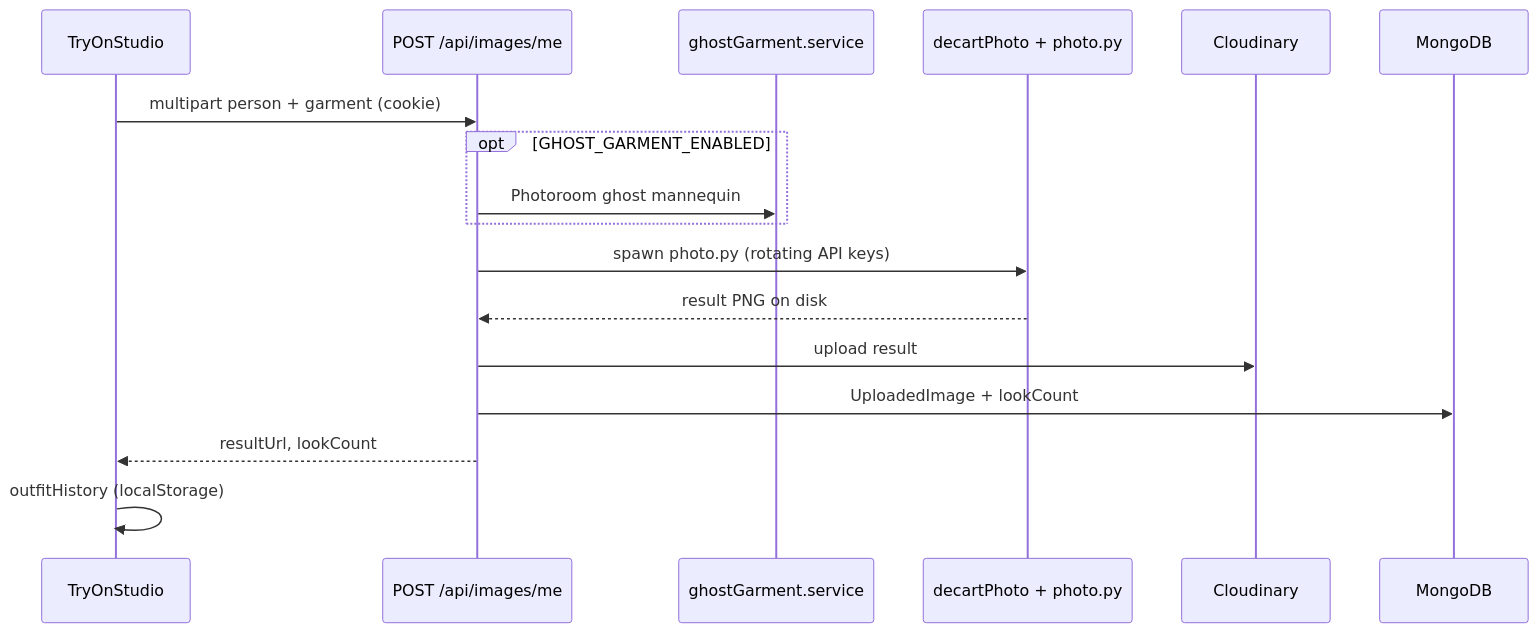
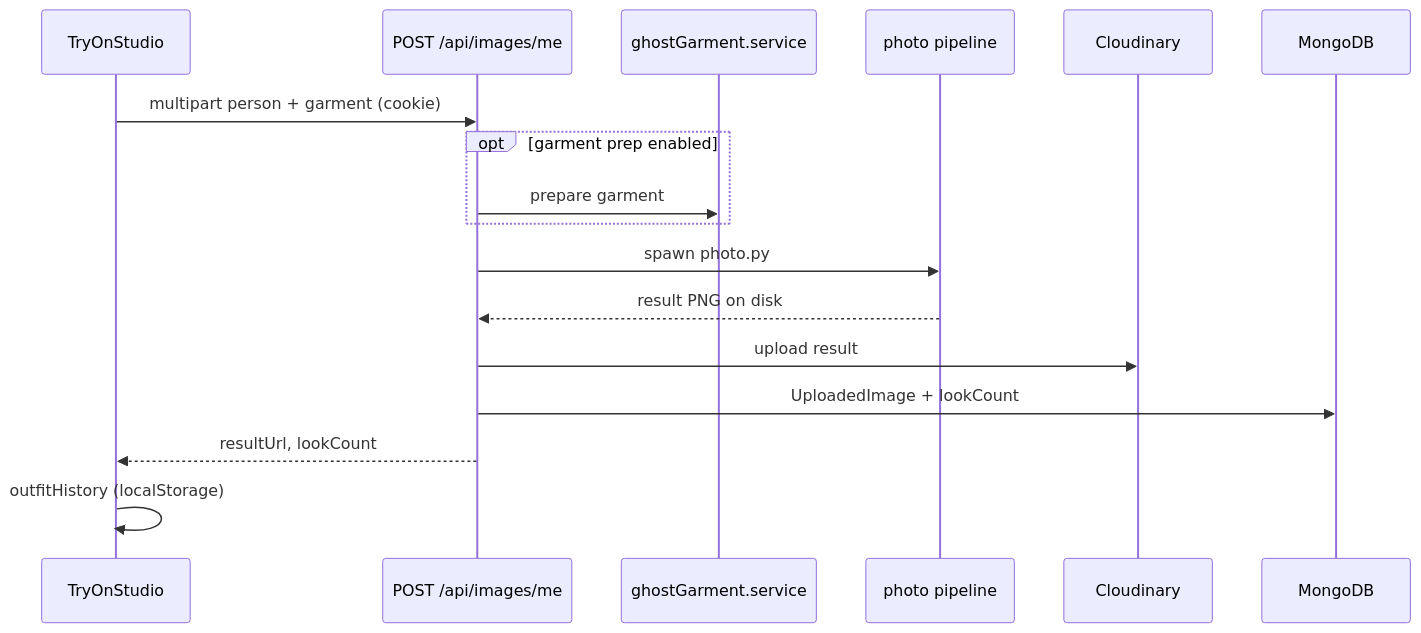
The first of 2 diagrams in PROJECT.md (sweet-amrood/Weartual-latest), drawn with Mermaid before and after one commit. The commit also changed other lines of this file and 2 other files, not shown here.

````diff
--- a/PROJECT.md
+++ b/PROJECT.md
@@ -242,20 +218,20 @@
 ```mermaid
 sequenceDiagram
   participant UI as TryOnStudio
   participant API as POST /api/images/me
   participant Ghost as ghostGarment.service
-  participant Photo as decartPhoto + photo.py
+  participant Photo as photo pipeline
   participant CDN as Cloudinary
   participant DB as MongoDB
 
   UI->>API: multipart person + garment (cookie)
-  opt GHOST_GARMENT_ENABLED
-    API->>Ghost: Photoroom ghost mannequin
+  opt garment prep enabled
+    API->>Ghost: prepare garment
   end
-  API->>Photo: spawn photo.py (rotating API keys)
+  API->>Photo: spawn photo.py
   Photo-->>API: result PNG on disk
   API->>CDN: upload result
   API->>DB: UploadedImage + lookCount
   API-->>UI: resultUrl, lookCount
   UI->>UI: outfitHistory (localStorage)
 ```
````
